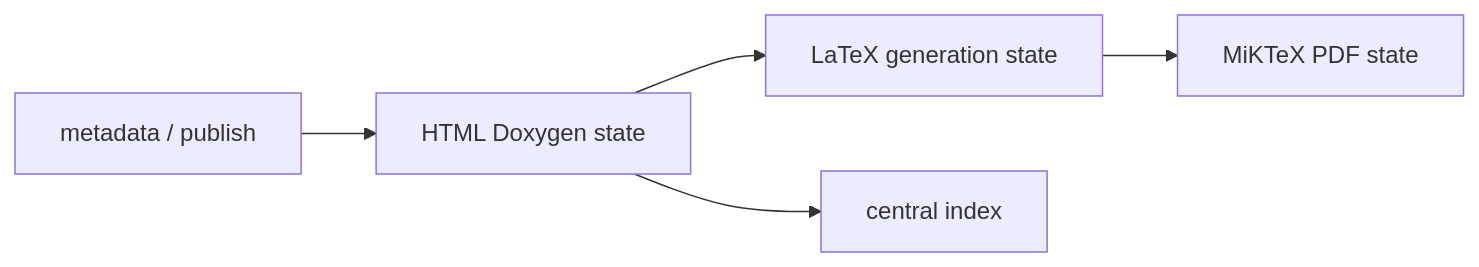
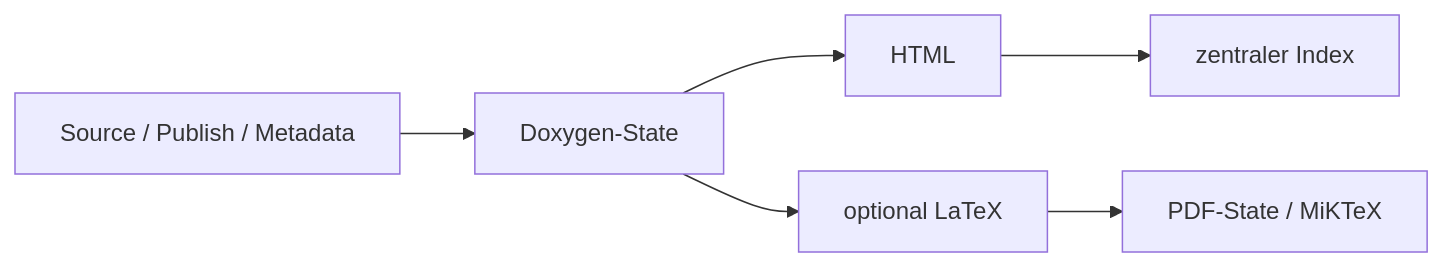
One commit to adeccscholar/BuildEngine-Admin changed the second of 2 diagrams in admin/server-docs/documentation.md. Above: the diagram before and after it, drawn with Mermaid. The commit also changed other lines of this file, not shown here.

Commit message:
Document single-pass Doxygen HTML and LaTeX pipeline

````diff
--- a/admin/server-docs/documentation.md
+++ b/admin/server-docs/documentation.md
@@ -358,7 +289,8 @@
 ```mermaid
 flowchart LR
-   M[metadata / publish] --> H[HTML Doxygen state]
-   H --> L[LaTeX generation state]
-   L --> P[MiKTeX PDF state]
-   H --> I[central index]
+   S[Source / Publish / Metadata] --> D[Doxygen-State]
+   D --> H[HTML]
+   D --> L[optional LaTeX]
+   L --> P[PDF-State / MiKTeX]
+   H --> I[zentraler Index]
 ```
````
